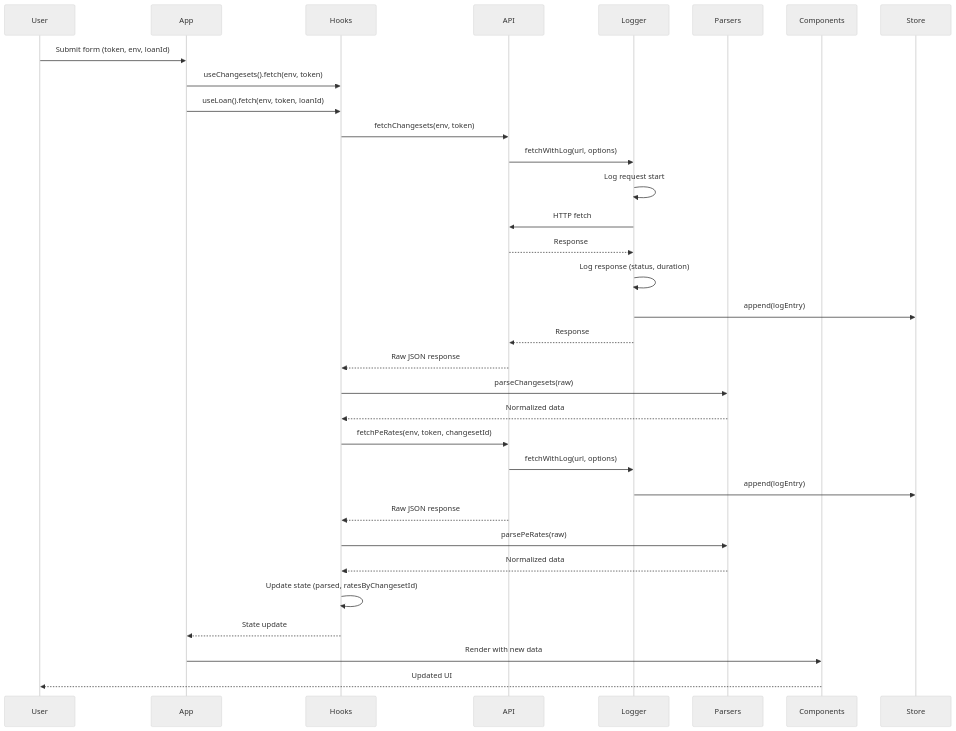
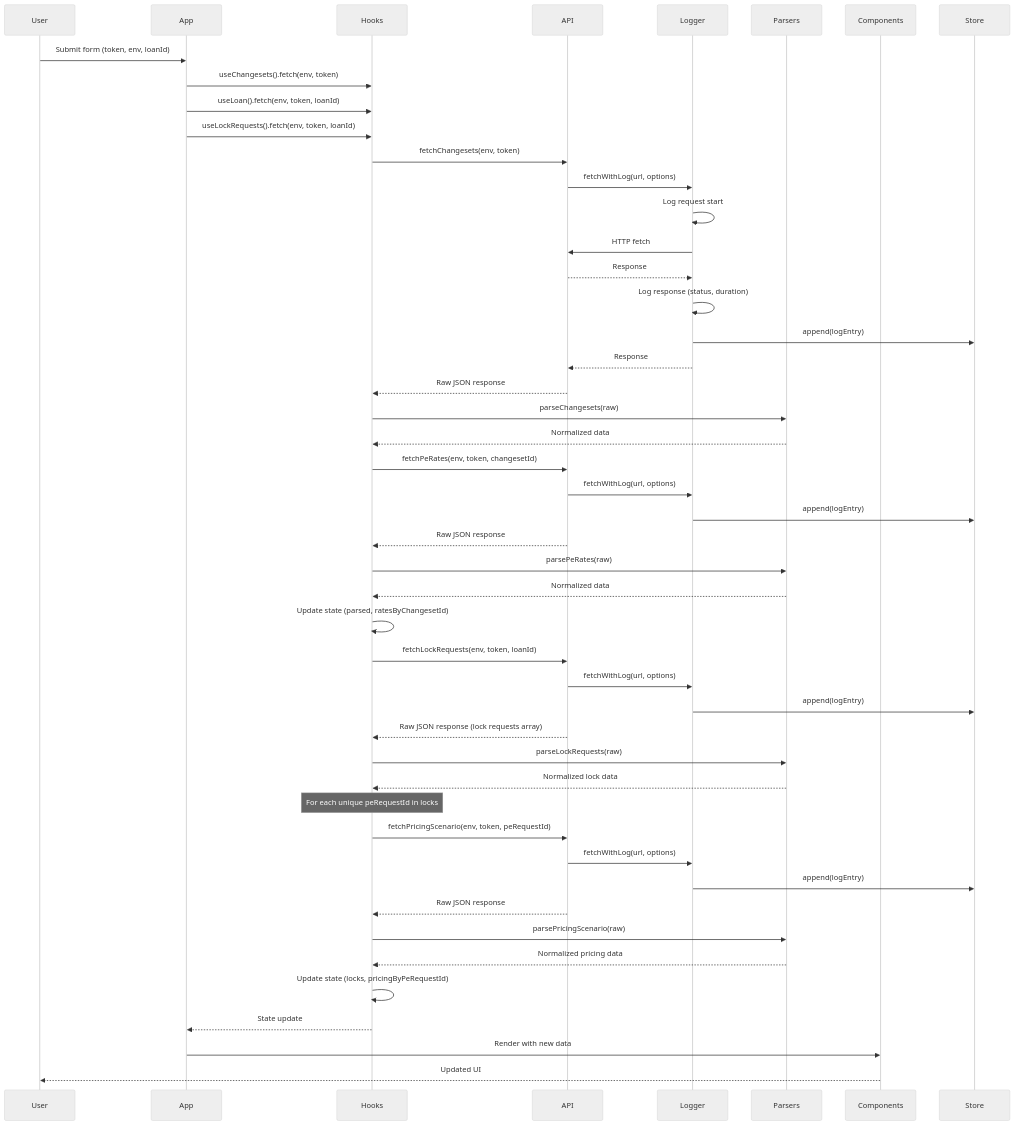
One commit to ribo916/triage-tool changed the second of 2 diagrams in README.md. Above: the diagram before and after it, drawn with Mermaid (neutral theme). The commit also changed other lines of this file and 8 other files, not shown here.

````diff
--- a/README.md
+++ b/README.md
@@ -142,39 +151,57 @@
 ```mermaid
 sequenceDiagram
     participant User
     participant App
     participant Hooks
     participant API
     participant Logger
     participant Parsers
     participant Components
     
     User->>App: Submit form (token, env, loanId)
     App->>Hooks: useChangesets().fetch(env, token)
     App->>Hooks: useLoan().fetch(env, token, loanId)
+    App->>Hooks: useLockRequests().fetch(env, token, loanId)
     
     Hooks->>API: fetchChangesets(env, token)
     API->>Logger: fetchWithLog(url, options)
     Logger->>Logger: Log request start
     Logger->>API: HTTP fetch
     API-->>Logger: Response
     Logger->>Logger: Log response (status, duration)
     Logger->>Store: append(logEntry)
     Logger-->>API: Response
     API-->>Hooks: Raw JSON response
     
     Hooks->>Parsers: parseChangesets(raw)
     Parsers-->>Hooks: Normalized data
     
     Hooks->>API: fetchPeRates(env, token, changesetId)
     API->>Logger: fetchWithLog(url, options)
     Logger->>Store: append(logEntry)
     API-->>Hooks: Raw JSON response
     Hooks->>Parsers: parsePeRates(raw)
     Parsers-->>Hooks: Normalized data
     
     Hooks->>Hooks: Update state (parsed, ratesByChangesetId)
+    
+    Hooks->>API: fetchLockRequests(env, token, loanId)
+    API->>Logger: fetchWithLog(url, options)
+    Logger->>Store: append(logEntry)
+    API-->>Hooks: Raw JSON response (lock requests array)
+    Hooks->>Parsers: parseLockRequests(raw)
+    Parsers-->>Hooks: Normalized lock data
+    
+    Note over Hooks: For each unique peRequestId in locks
+    Hooks->>API: fetchPricingScenario(env, token, peRequestId)
+    API->>Logger: fetchWithLog(url, options)
+    Logger->>Store: append(logEntry)
+    API-->>Hooks: Raw JSON response
+    Hooks->>Parsers: parsePricingScenario(raw)
+    Parsers-->>Hooks: Normalized pricing data
+    
+    Hooks->>Hooks: Update state (locks, pricingByPeRequestId)
     Hooks-->>App: State update
     App->>Components: Render with new data
     Components-->>User: Updated UI
 ```
````
